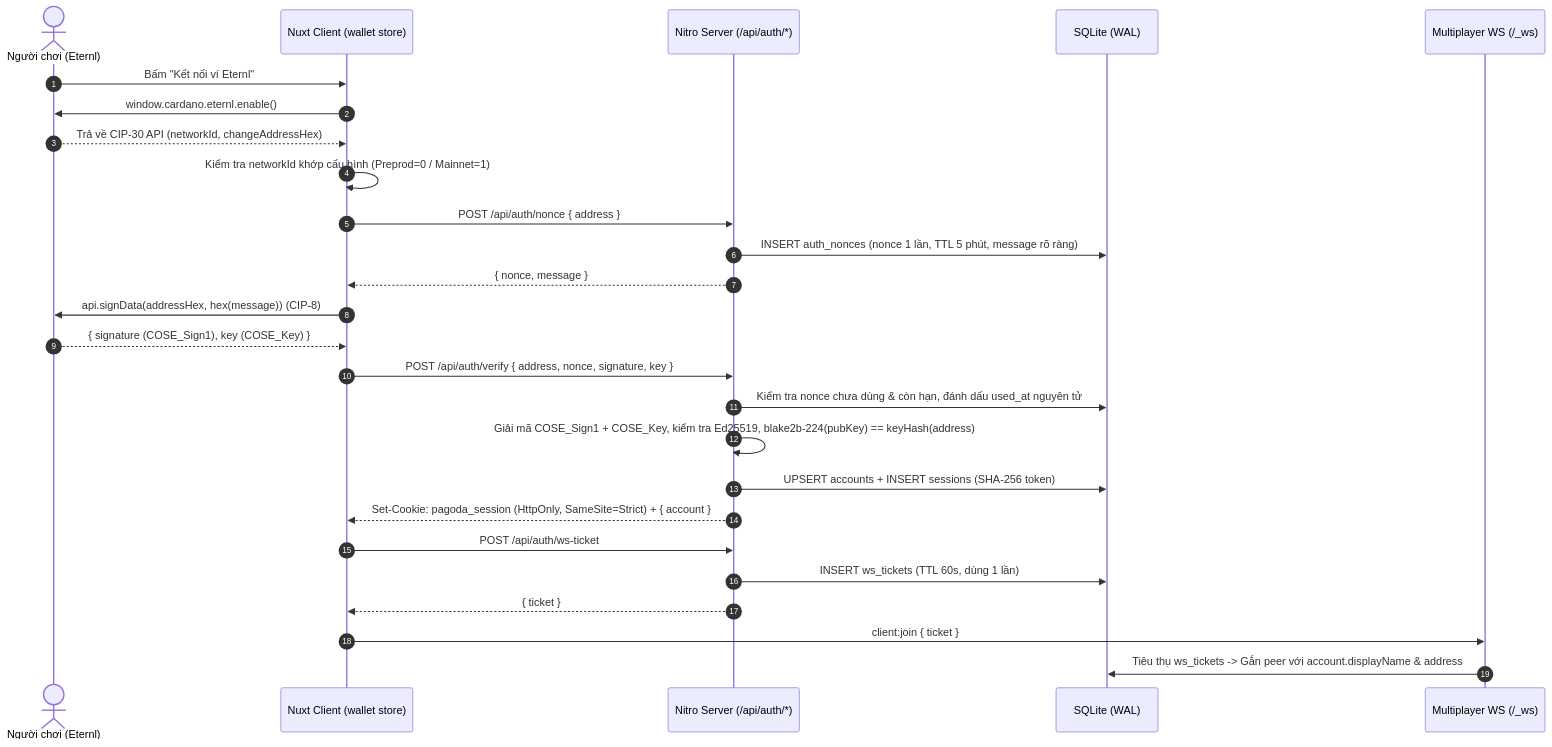
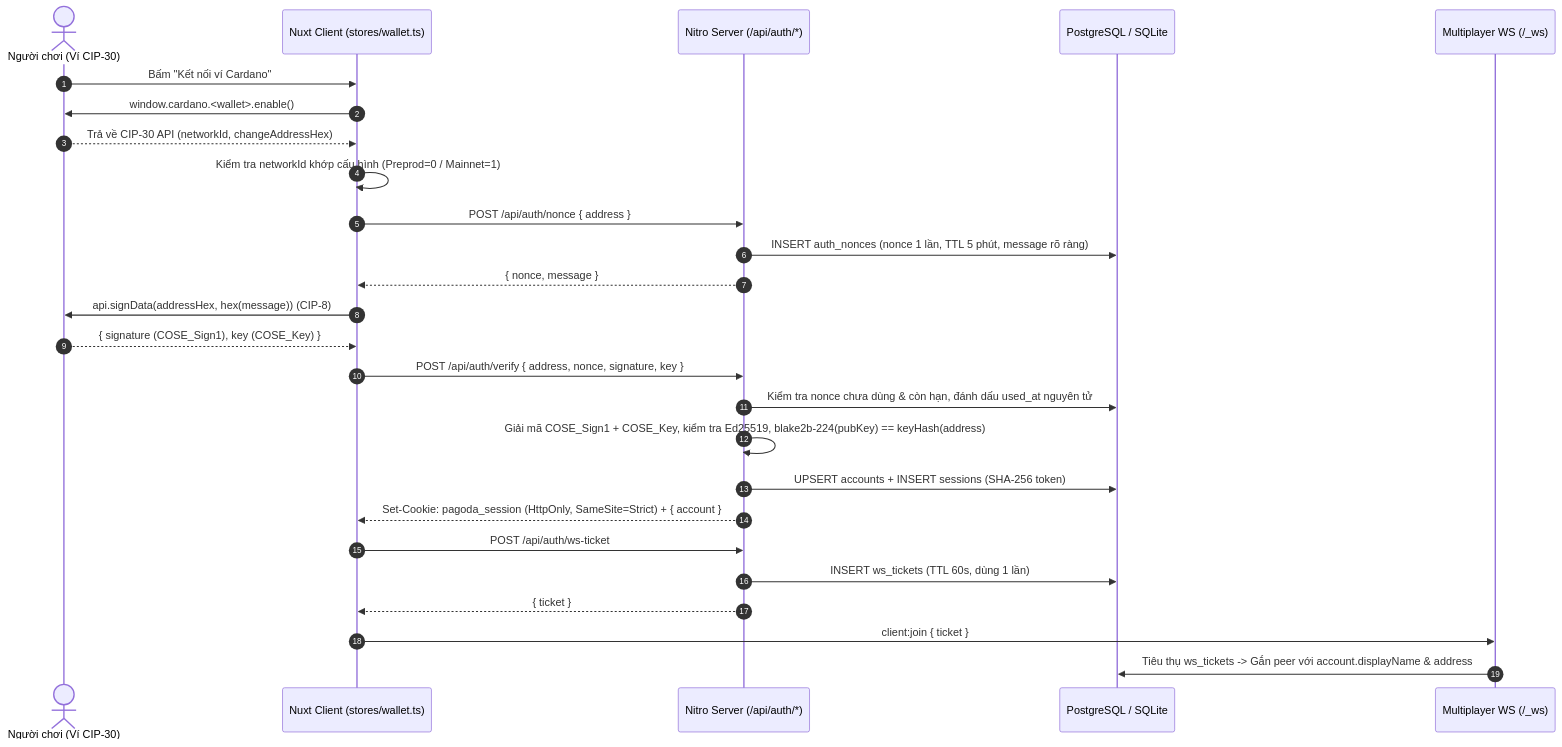
Before and after one commit to Thanhdtt711/hydra-pagoda: the first of 3 diagrams in docs/KIEN_TRUC.md, drawn with Mermaid. The commit also changed other lines of this file and 52 other files, not shown here.

````diff
--- a/docs/KIEN_TRUC.md
+++ b/docs/KIEN_TRUC.md
@@ -23,29 +28,29 @@
 ```mermaid
 sequenceDiagram
     autonumber
-    actor User as Người chơi (Eternl)
-    participant UI as Nuxt Client (wallet store)
+    actor User as Người chơi (Ví CIP-30)
+    participant UI as Nuxt Client (stores/wallet.ts)
     participant API as Nitro Server (/api/auth/*)
-    participant DB as SQLite (WAL)
+    participant DB as PostgreSQL / SQLite
     participant WS as Multiplayer WS (/_ws)
 
-    User->>UI: Bấm "Kết nối ví Eternl"
-    UI->>User: window.cardano.eternl.enable()
+    User->>UI: Bấm "Kết nối ví Cardano"
+    UI->>User: window.cardano.<wallet>.enable()
     User-->>UI: Trả về CIP-30 API (networkId, changeAddressHex)
     UI->>UI: Kiểm tra networkId khớp cấu hình (Preprod=0 / Mainnet=1)
     UI->>API: POST /api/auth/nonce { address }
     API->>DB: INSERT auth_nonces (nonce 1 lần, TTL 5 phút, message rõ ràng)
     API-->>UI: { nonce, message }
     UI->>User: api.signData(addressHex, hex(message)) (CIP-8)
     User-->>UI: { signature (COSE_Sign1), key (COSE_Key) }
     UI->>API: POST /api/auth/verify { address, nonce, signature, key }
     API->>DB: Kiểm tra nonce chưa dùng & còn hạn, đánh dấu used_at nguyên tử
     API->>API: Giải mã COSE_Sign1 + COSE_Key, kiểm tra Ed25519, blake2b-224(pubKey) == keyHash(address)
     API->>DB: UPSERT accounts + INSERT sessions (SHA-256 token)
     API-->>UI: Set-Cookie: pagoda_session (HttpOnly, SameSite=Strict) + { account }
     UI->>API: POST /api/auth/ws-ticket
     API->>DB: INSERT ws_tickets (TTL 60s, dùng 1 lần)
     API-->>UI: { ticket }
     UI->>WS: client:join { ticket }
     WS->>DB: Tiêu thụ ws_tickets -> Gắn peer với account.displayName & address
 ```
````
